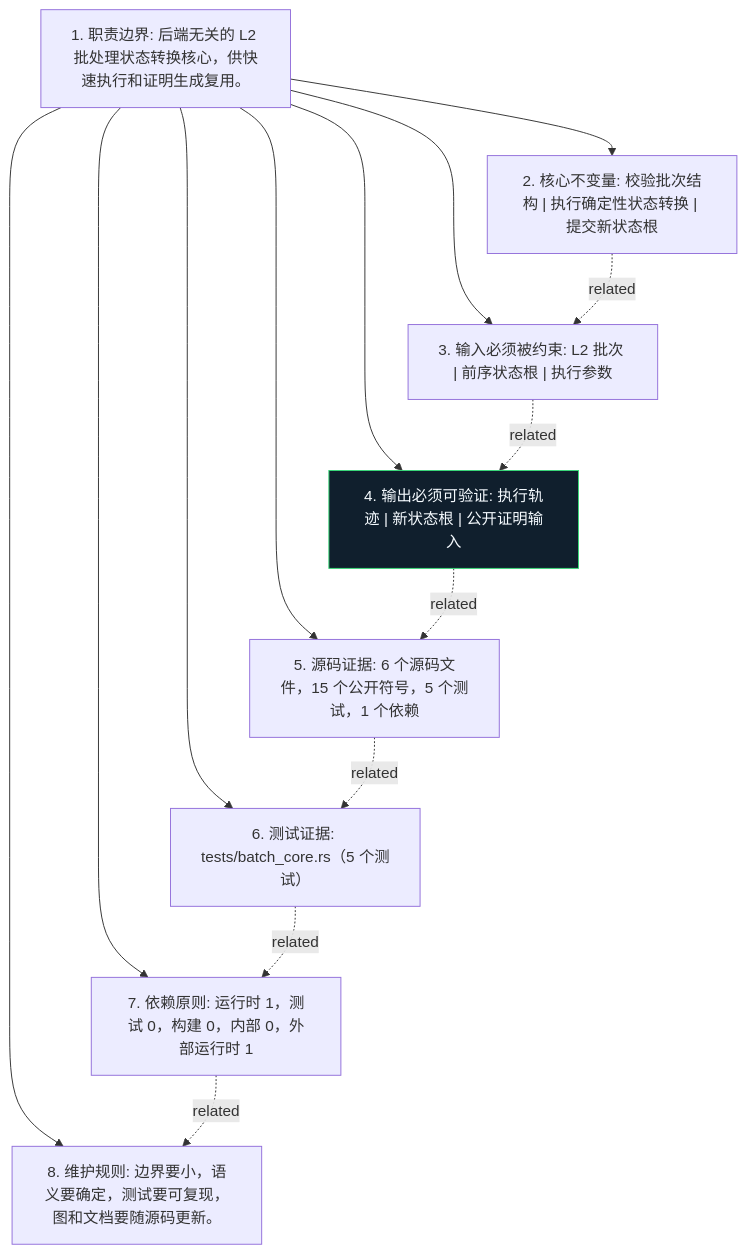
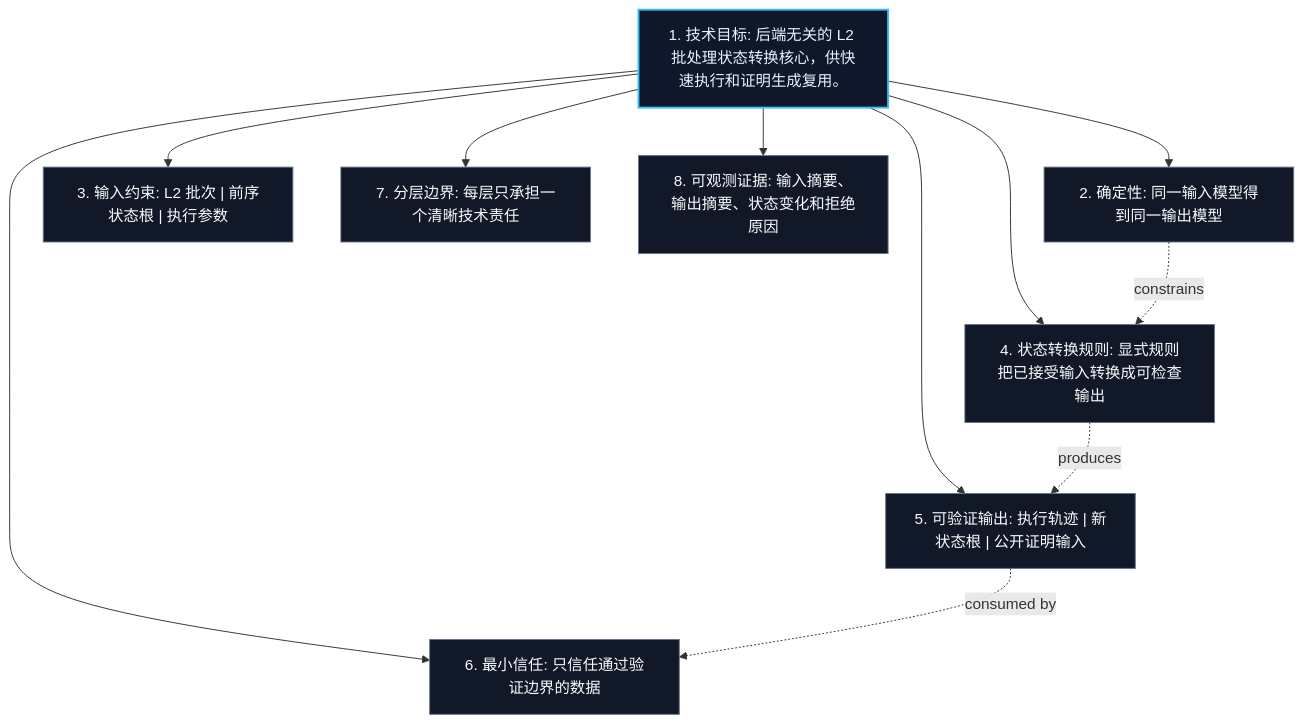
Before and after one commit to r3e-network/neo-n4: the diagram in bridge/neo-execution-core/docs/figures/principles.zh.mmd, drawn with Mermaid. The commit also changed 515 other files, not shown here.

Commit message:
Replace crate diagrams with technical views

```diff
--- a/bridge/neo-execution-core/docs/figures/principles.zh.mmd
+++ b/bridge/neo-execution-core/docs/figures/principles.zh.mmd
@@ -1,24 +1,23 @@
 flowchart TB
-    N1["1. 职责边界: 后端无关的 L2 批处理状态转换核心，供快速执行和证明生成复用。"]
-    N2["2. 核心不变量: 校验批次结构 | 执行确定性状态转换 | 提交新状态根"]
-    N3["3. 输入必须被约束: L2 批次 | 前序状态根 | 执行参数"]
-    N4["4. 输出必须可验证: 执行轨迹 | 新状态根 | 公开证明输入"]
-    N5["5. 源码证据: 6 个源码文件，15 个公开符号，5 个测试，1 个依赖"]
-    N6["6. 测试证据: tests/batch_core.rs（5 个测试）"]
-    N7["7. 依赖原则: 运行时 1，测试 0，构建 0，内部 0，外部运行时 1"]
-    N8["8. 维护规则: 边界要小，语义要确定，测试要可复现，图和文档要随源码更新。"]
+    N1["1. 技术目标: 后端无关的 L2 批处理状态转换核心，供快速执行和证明生成复用。"]
+    N2["2. 确定性: 同一输入模型得到同一输出模型"]
+    N3["3. 输入约束: L2 批次 | 前序状态根 | 执行参数"]
+    N4["4. 状态转换规则: 显式规则把已接受输入转换成可检查输出"]
+    N5["5. 可验证输出: 执行轨迹 | 新状态根 | 公开证明输入"]
+    N6["6. 最小信任: 只信任通过验证边界的数据"]
+    N7["7. 分层边界: 每层只承担一个清晰技术责任"]
+    N8["8. 可观测证据: 输入摘要、输出摘要、状态变化和拒绝原因"]
     N1 --> N2
     N1 --> N3
     N1 --> N4
     N1 --> N5
     N1 --> N6
     N1 --> N7
     N1 --> N8
-    N2 -. related .-> N3
-    N3 -. related .-> N4
-    N4 -. related .-> N5
-    N5 -. related .-> N6
-    N6 -. related .-> N7
-    N7 -. related .-> N8
-    classDef crate fill:#101f2d,stroke:#38d978,color:#f6fbff
-    class N4 crate
+    N2 -. constrains .-> N4
+    N4 -. produces .-> N5
+    N5 -. consumed by .-> N6
+    classDef core fill:#0f172a,stroke:#38bdf8,color:#e5f2ff,stroke-width:2px;
+    classDef support fill:#111827,stroke:#64748b,color:#f8fafc;
+    class N1 core;
+    class N2,N3,N4,N5,N6,N7,N8 support;
```
